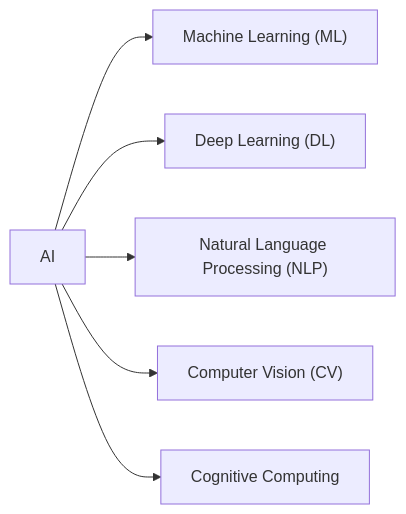
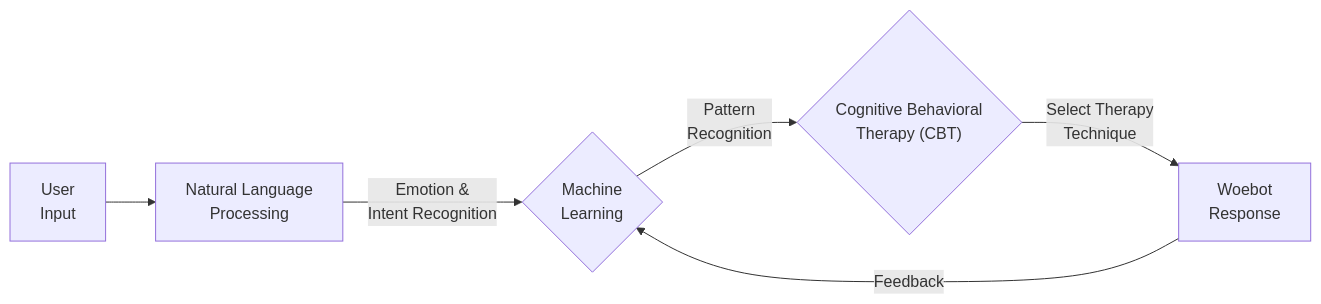
One commit to datakruroo/datakruroo.github.io changed the diagram in AI_in_Education/ppt/AI_in_Education.qmd. Above: the diagram before and after it, drawn with Mermaid. The commit also changed other lines of this file and 126 other files, not shown here.

````diff
--- a/AI_in_Education/ppt/AI_in_Education.qmd
+++ b/AI_in_Education/ppt/AI_in_Education.qmd
@@ -39,9 +275,10 @@
 ```{mermaid}
 %% | echo: false
+
 flowchart LR
-    A["AI"] --> B["Machine Learning (ML)"]
-    A --> C["Deep Learning (DL)"]
-    A --> D["Natural Language Processing (NLP)"]
-    A --> E["Computer Vision (CV)"]
-    A --> F["Cognitive Computing"]
+  A["User \n Input"] --> B["Natural Language \n Processing"]
+  B -->|"Emotion & \n Intent Recognition"| C{"Machine \n Learning"}
+  C -->|"Pattern \n Recognition"| D{"Cognitive Behavioral \n Therapy (CBT)"}
+  D -->|"Select Therapy \n Technique"| E["Woebot \n Response"]
+  E -->|"Feedback"| C
 ```
````
